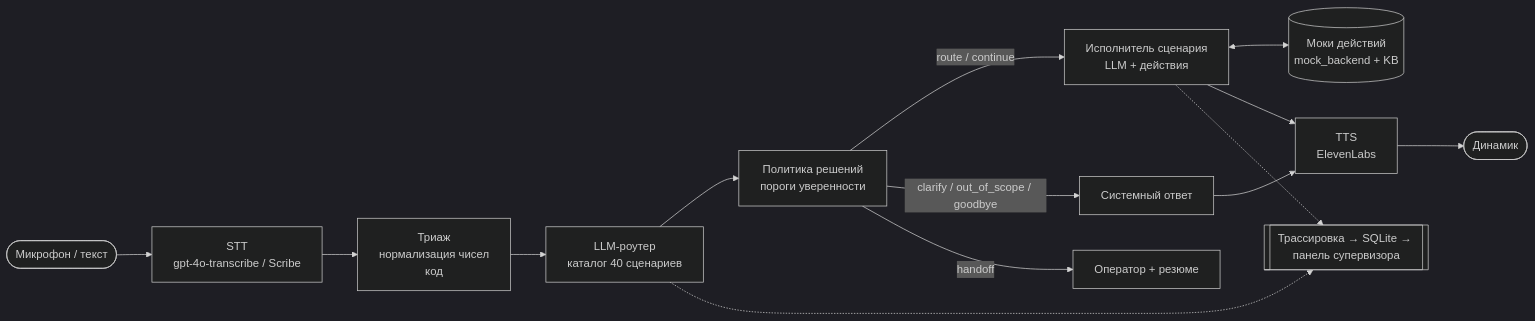
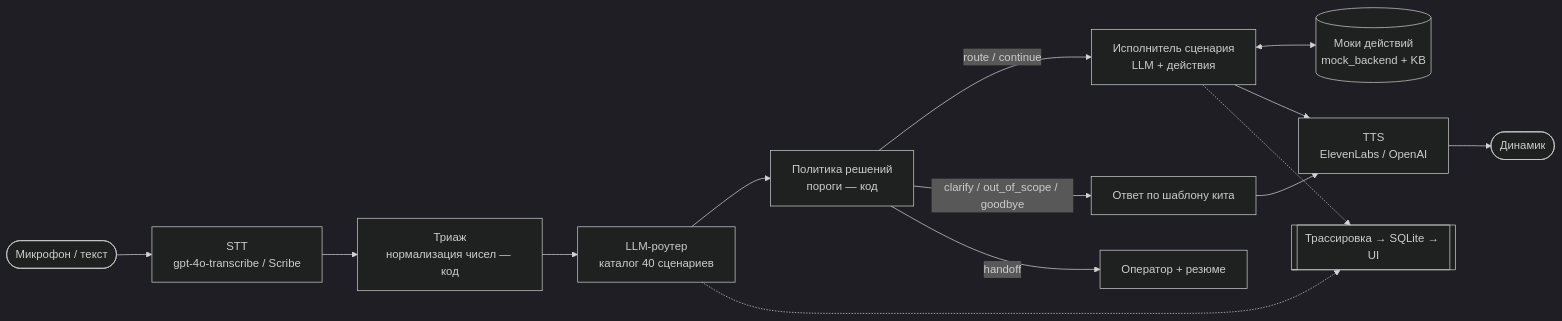
One commit to BAITC-Hacks/hack-dc2355c1-sever changed the diagram in README.md. Above: the diagram before and after it, drawn with Mermaid (dark theme). The commit also changed other lines of this file, not shown here.

````diff
--- a/README.md
+++ b/README.md
@@ -60,16 +84,16 @@
 ```mermaid
 flowchart LR
     mic([Микрофон / текст]) --> stt[STT<br/>gpt-4o-transcribe / Scribe]
-    stt --> triage[Триаж<br/>нормализация чисел<br/>код]
+    stt --> triage[Триаж<br/>нормализация чисел — код]
     triage --> router[LLM-роутер<br/>каталог 40 сценариев]
-    router --> policy[Политика решений<br/>пороги уверенности]
+    router --> policy[Политика решений<br/>пороги — код]
     policy -->|route / continue| exec[Исполнитель сценария<br/>LLM + действия]
-    policy -->|clarify / out_of_scope / goodbye| tmpl[Системный ответ]
+    policy -->|clarify / out_of_scope / goodbye| tmpl[Ответ по шаблону кита]
     policy -->|handoff| op[Оператор + резюме]
     exec <--> backend[(Моки действий<br/>mock_backend + KB)]
-    exec --> tts[TTS<br/>ElevenLabs]
+    exec --> tts[TTS<br/>ElevenLabs / OpenAI]
     tmpl --> tts
     tts --> spk([Динамик])
-    router -.-> trace[[Трассировка → SQLite → панель супервизора]]
+    router -.-> trace[[Трассировка → SQLite → UI]]
     exec -.-> trace
 ```
````
